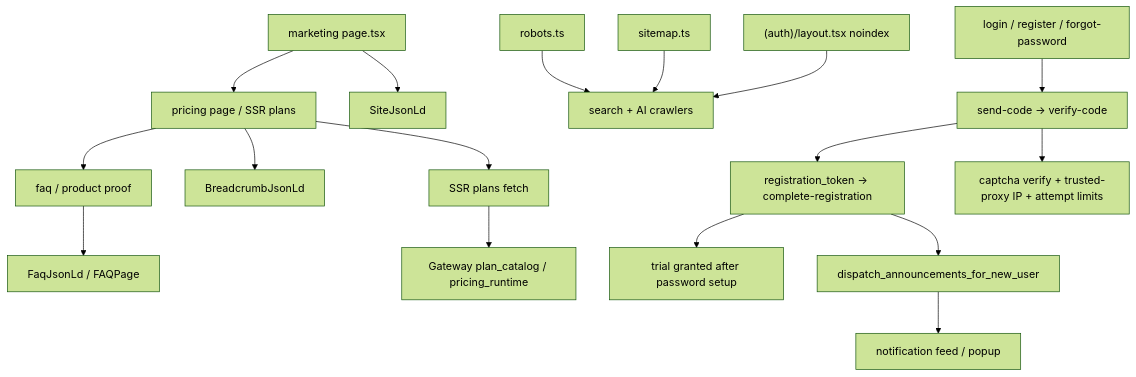
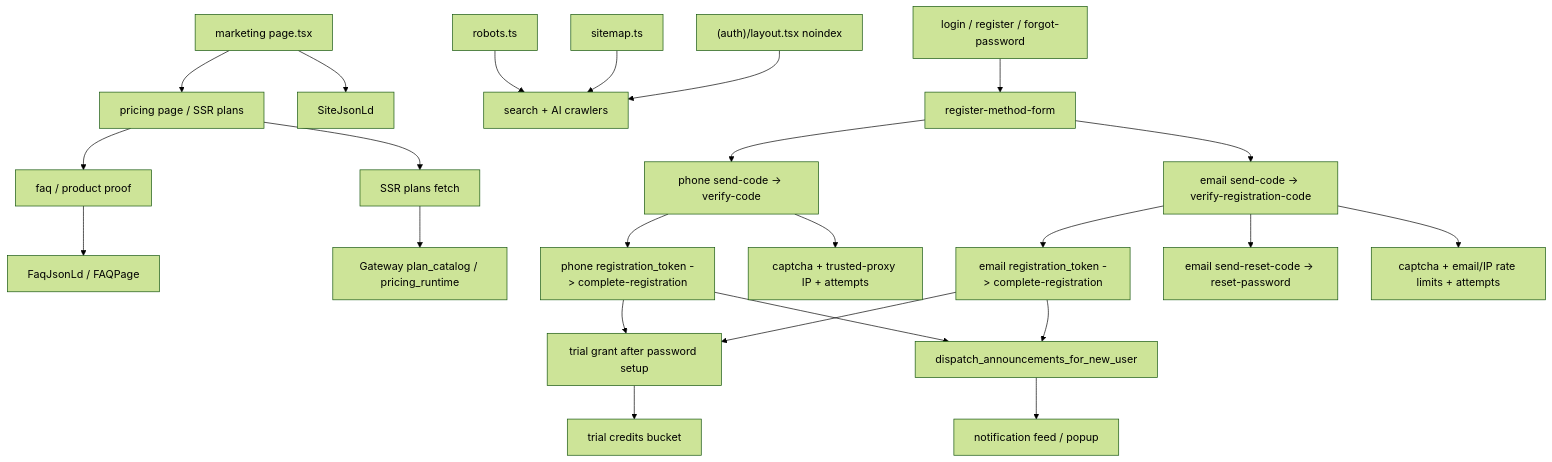
One commit to sun9bear/AITransVideo changed the diagram in docs/graphs/GITNEXUS_COMMERCIALIZATION_GRAPH.md. Above: the diagram before and after it, drawn with Mermaid (forest theme). The commit also changed other lines of this file and 12 other files, not shown here.

Commit message:
docs(graphs): refresh GitNexus graphs to d56ac1c

````diff
--- a/docs/graphs/GITNEXUS_COMMERCIALIZATION_GRAPH.md
+++ b/docs/graphs/GITNEXUS_COMMERCIALIZATION_GRAPH.md
@@ -17,22 +18,31 @@
 ```mermaid
 graph TD
     Home["marketing page.tsx"] --> Pricing["pricing page / SSR plans"]
     Pricing --> FAQ["faq / product proof"]
     FAQ --> FaqLd["FaqJsonLd / FAQPage"]
     Home --> SiteLd["SiteJsonLd"]
-    Pricing --> Breadcrumb["BreadcrumbJsonLd"]
 
     Robots["robots.ts"] --> Crawlers["search + AI crawlers"]
     Sitemap["sitemap.ts"] --> Crawlers
     AuthNoindex["(auth)/layout.tsx noindex"] --> Crawlers
 
     Pricing --> PlansSSR["SSR plans fetch"]
     PlansSSR --> GatewayPlans["Gateway plan_catalog / pricing_runtime"]
 
-    AuthPages["login / register / forgot-password"] --> PhoneFlow["send-code -> verify-code"]
-    PhoneFlow --> RegisterFlow["registration_token -> complete-registration"]
-    RegisterFlow --> TrialGrant["trial granted after password setup"]
-    PhoneFlow --> Risk["captcha verify + trusted-proxy IP + attempt limits"]
-    RegisterFlow --> NewUserAnn["dispatch_announcements_for_new_user"]
+    AuthPages["login / register / forgot-password"] --> Method["register-method-form"]
+    Method --> PhoneFlow["phone send-code -> verify-code"]
+    Method --> EmailFlow["email send-code -> verify-registration-code"]
+
+    PhoneFlow --> PhoneComplete["phone registration_token -> complete-registration"]
+    EmailFlow --> EmailComplete["email registration_token -> complete-registration"]
+    EmailFlow --> EmailReset["email send-reset-code -> reset-password"]
+
+    PhoneComplete --> TrialGrant["trial grant after password setup"]
+    EmailComplete --> TrialGrant
+    TrialGrant --> Credits["trial credits bucket"]
+    PhoneFlow --> Risk["captcha + trusted-proxy IP + attempts"]
+    EmailFlow --> EmailRisk["captcha + email/IP rate limits + attempts"]
+    PhoneComplete --> NewUserAnn["dispatch_announcements_for_new_user"]
+    EmailComplete --> NewUserAnn
     NewUserAnn --> UserNotif["notification feed / popup"]
 ```
````
